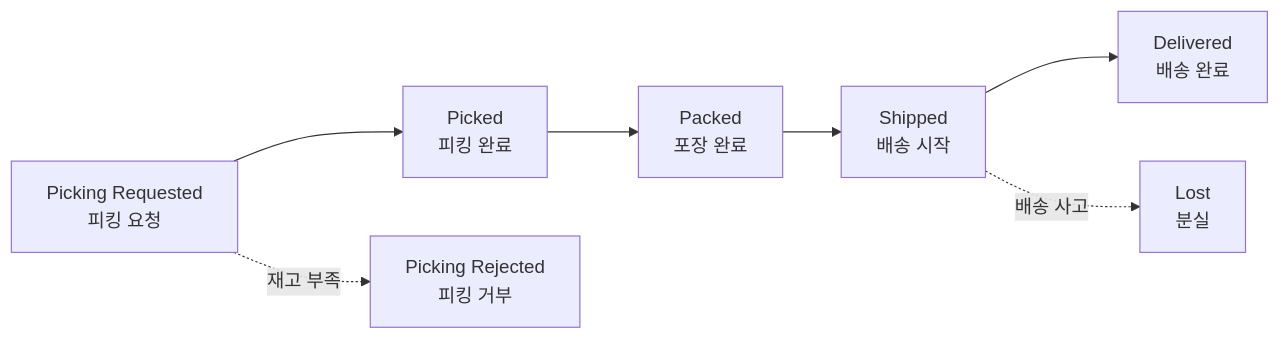
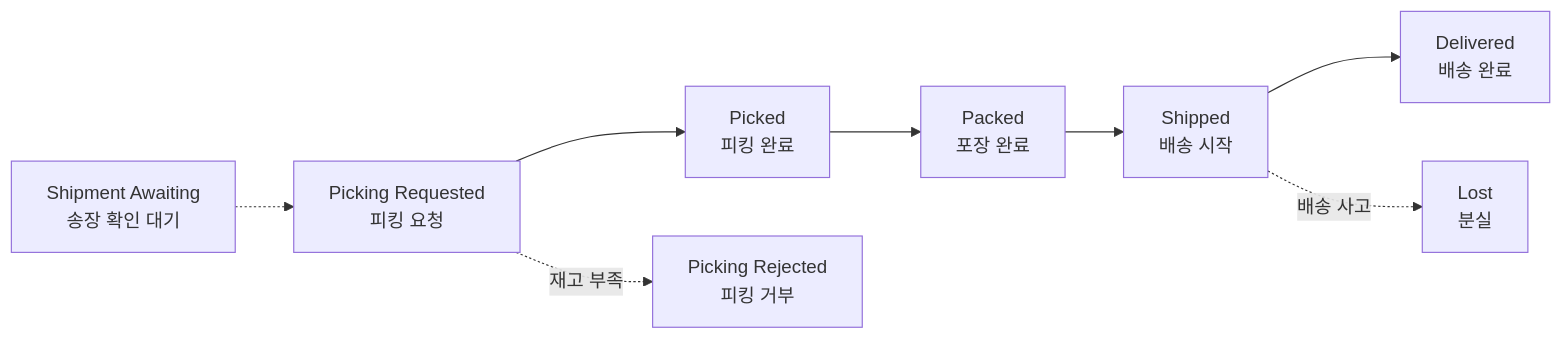
The diagram in docs/order/shipment.md (gmldudrkd/oms_manual), drawn with Mermaid before and after one commit. The commit also changed other lines of this file and 17 other files, not shown here.

````diff
--- a/docs/order/shipment.md
+++ b/docs/order/shipment.md
@@ -13,9 +13,10 @@
 ```mermaid
 graph LR
+    S[Shipment Awaiting<br/>송장 확인 대기] -.-> A
     A[Picking Requested<br/>피킹 요청] --> B[Picked<br/>피킹 완료]
     B --> C[Packed<br/>포장 완료]
     C --> D[Shipped<br/>배송 시작]
     D --> E[Delivered<br/>배송 완료]
     A -.->|재고 부족| F[Picking Rejected<br/>피킹 거부]
     D -.->|배송 사고| G[Lost<br/>분실]
 ```
````
